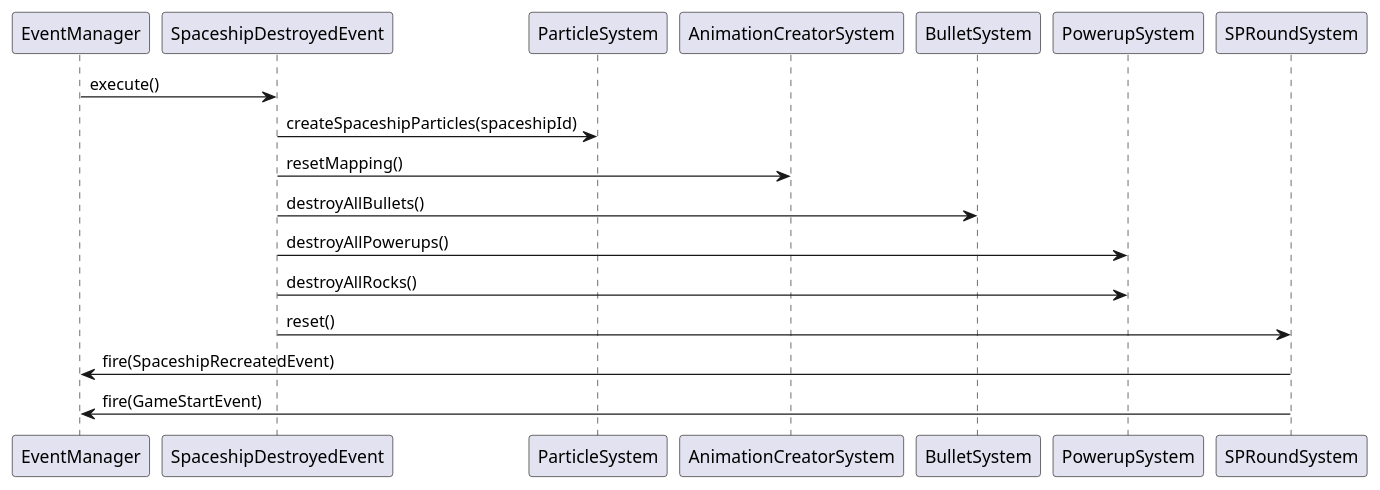
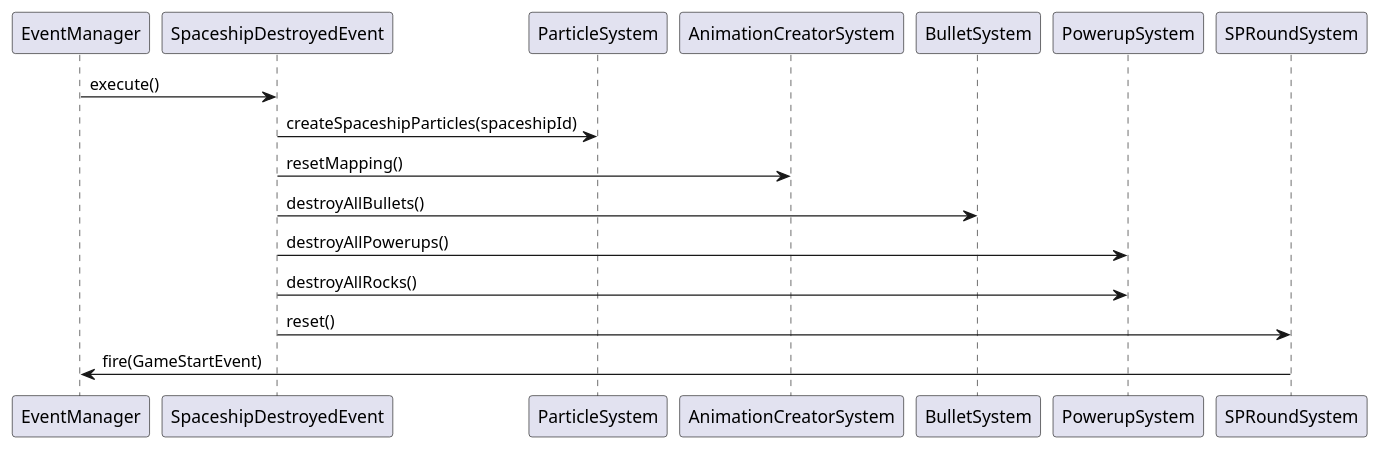
Before and after one commit to xlzior/dumb-duels: the diagram in diagrams/SpaceshipGame/SPSpaceshipDestroyedEvent.puml, drawn with PlantUML. The commit also changed 1 other file, not shown here.

Commit message:
Remove IndexMapInitializable and SpaceshipRecreateEvent

```diff
--- a/diagrams/SpaceshipGame/SPSpaceshipDestroyedEvent.puml
+++ b/diagrams/SpaceshipGame/SPSpaceshipDestroyedEvent.puml
@@ -1,19 +1,18 @@
 @startuml
 participant EventManager
 participant SpaceshipDestroyedEvent
 participant ParticleSystem
 participant AnimationCreatorSystem
 participant BulletSystem
 participant PowerupSystem
 participant SPRoundSystem
 
 EventManager -> SpaceshipDestroyedEvent : execute()
 SpaceshipDestroyedEvent -> ParticleSystem : createSpaceshipParticles(spaceshipId)
 SpaceshipDestroyedEvent -> AnimationCreatorSystem : resetMapping()
 SpaceshipDestroyedEvent -> BulletSystem : destroyAllBullets()
 SpaceshipDestroyedEvent -> PowerupSystem : destroyAllPowerups()
 SpaceshipDestroyedEvent -> PowerupSystem : destroyAllRocks()
 SpaceshipDestroyedEvent -> SPRoundSystem : reset()
-SPRoundSystem -> EventManager : fire(SpaceshipRecreatedEvent)
 SPRoundSystem -> EventManager : fire(GameStartEvent)
 @enduml
```
